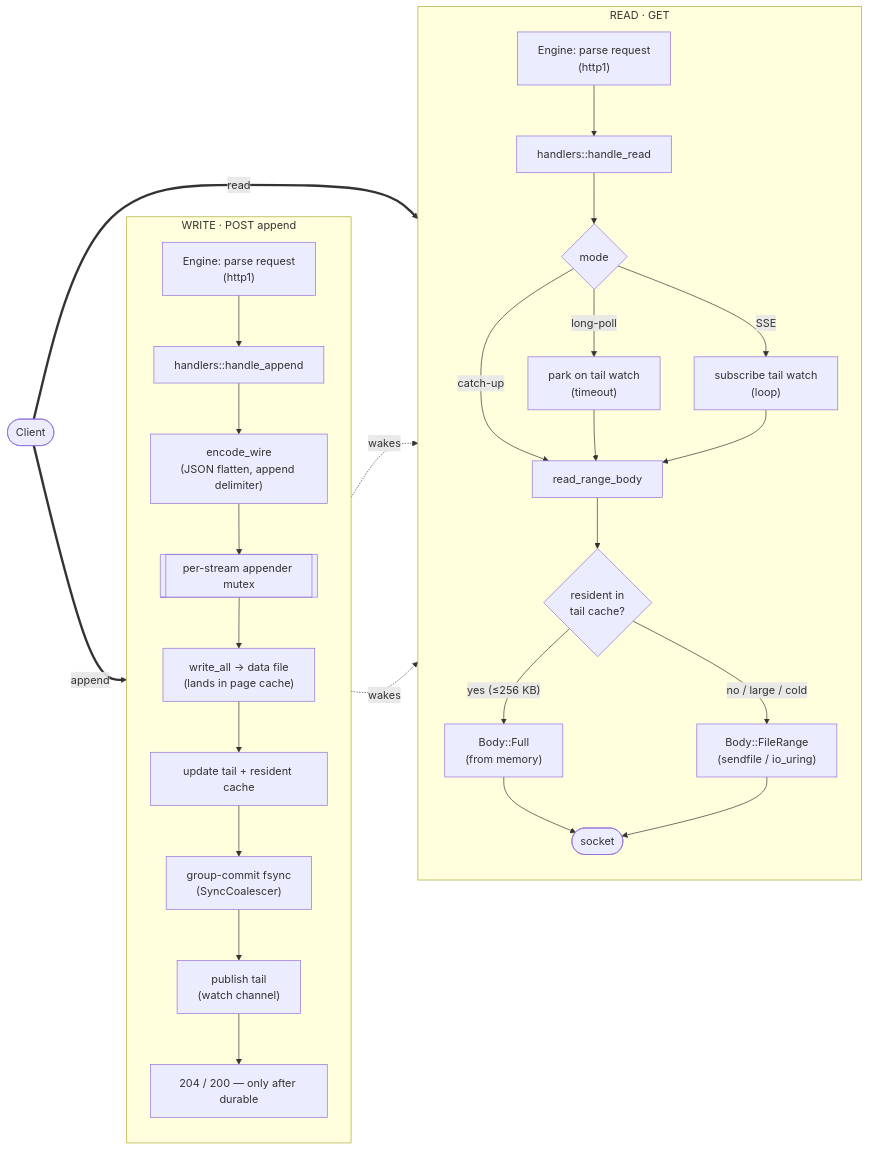
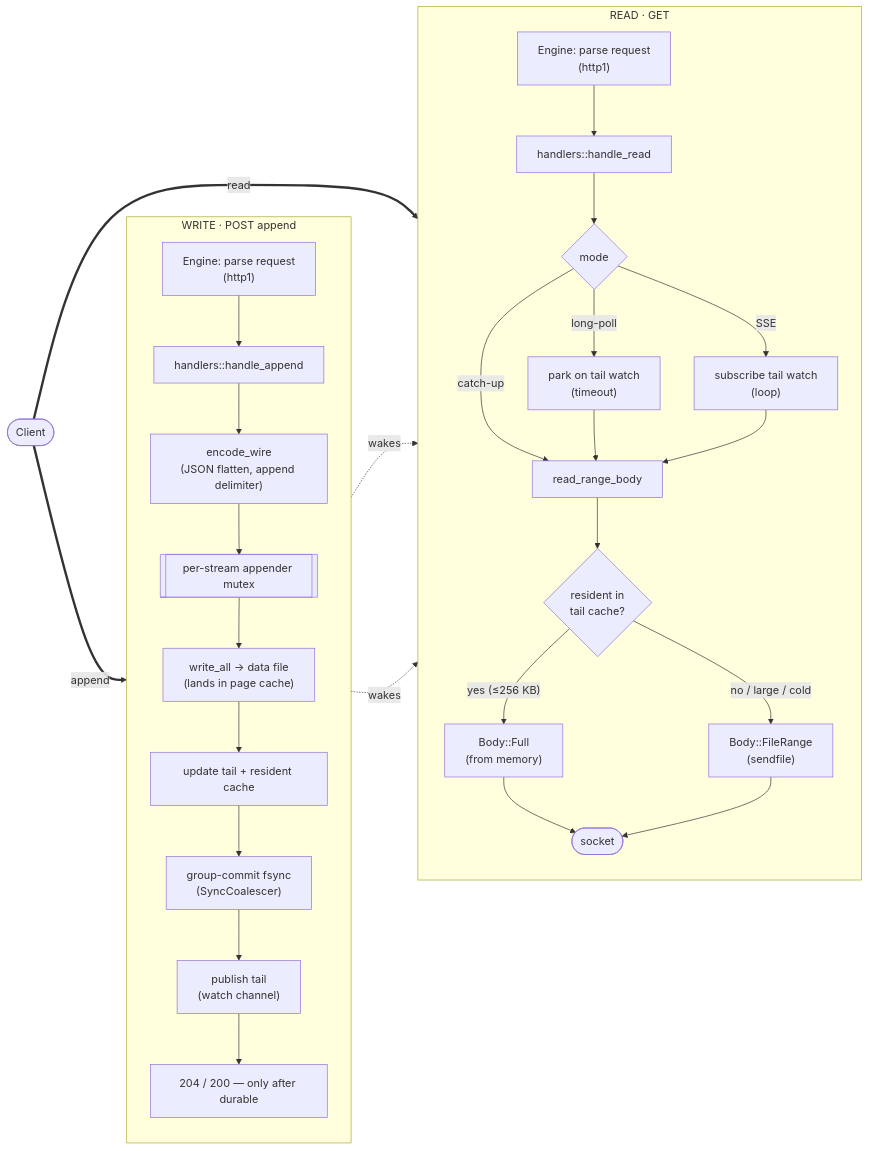
One commit to electric-sql/electric changed the first of 3 diagrams in ARCHITECTURE.md. Above: the diagram before and after it, drawn with Mermaid. The commit also changed other lines of this file and 16 other files, not shown here.

````diff
--- a/ARCHITECTURE.md
+++ b/ARCHITECTURE.md
@@ -37,37 +37,37 @@
 ```mermaid
 flowchart LR
   C(["Client"])
 
   subgraph WRITE["WRITE  ·  POST append"]
     direction TB
     W1["Engine: parse request<br/>(http1)"] --> W2["handlers::handle_append"]
     W2 --> W3["encode_wire<br/>(JSON flatten, append delimiter)"]
     W3 --> W4[["per-stream appender mutex"]]
     W4 --> W5["write_all → data file<br/>(lands in page cache)"]
     W5 --> W6["update tail + resident cache"]
     W6 --> W7["group-commit fsync<br/>(SyncCoalescer)"]
     W7 --> W8["publish tail<br/>(watch channel)"]
     W8 --> W9["204 / 200 — only after durable"]
   end
 
   subgraph READ["READ  ·  GET"]
     direction TB
     R1["Engine: parse request<br/>(http1)"] --> R2["handlers::handle_read"]
     R2 --> R3{"mode"}
     R3 -->|"catch-up"| RB["read_range_body"]
     R3 -->|"long-poll"| R5["park on tail watch<br/>(timeout)"]
     R3 -->|"SSE"| R6["subscribe tail watch<br/>(loop)"]
     R5 --> RB
     R6 --> RB
     RB --> R7{"resident in<br/>tail cache?"}
     R7 -->|"yes (≤256 KB)"| R8["Body::Full<br/>(from memory)"]
-    R7 -->|"no / large / cold"| R9["Body::FileRange<br/>(sendfile / io_uring)"]
+    R7 -->|"no / large / cold"| R9["Body::FileRange<br/>(sendfile)"]
     R8 --> R10(["socket"])
     R9 --> R10
   end
 
   C ==>|"append"| W1
   C ==>|"read"| R1
   W8 -. "wakes" .-> R5
   W8 -. "wakes" .-> R6
 ```
````
